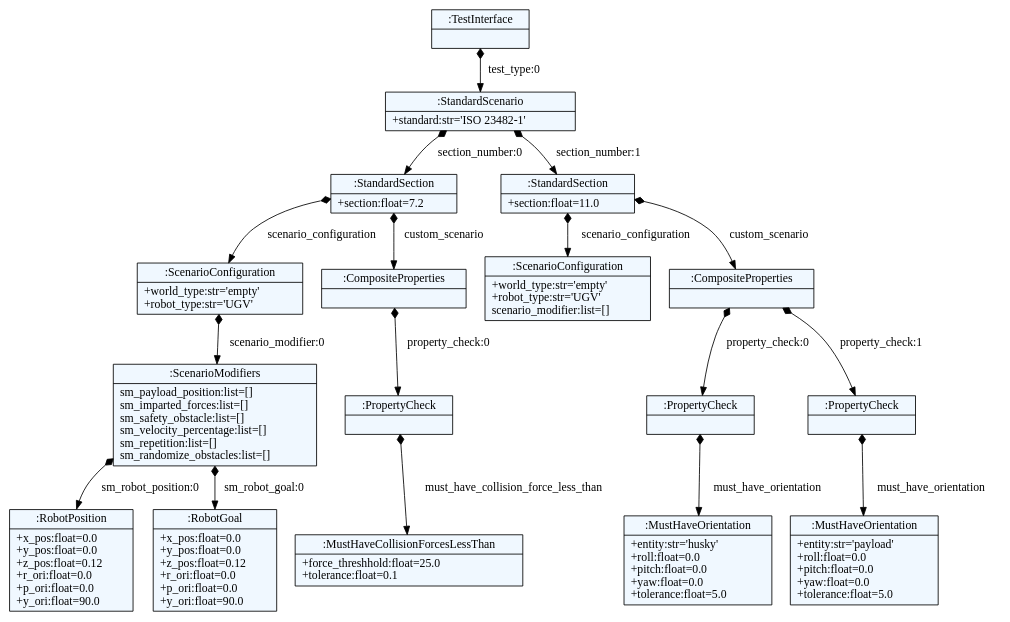
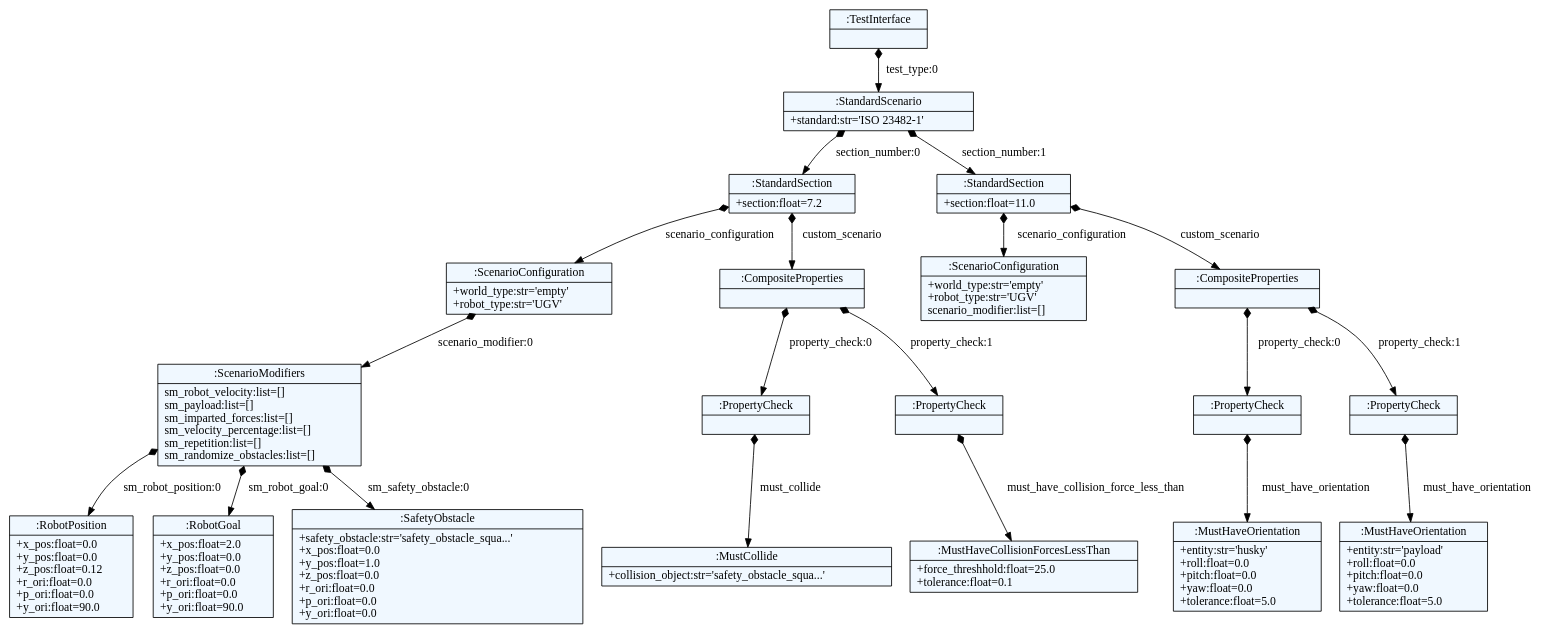
The diagram in src/property_based_tester/property_based_language_generation/test_definitions.dot (SOHAIL1996/property_based_tester), drawn with Graphviz before and after one commit. The commit also changed 10 other files, not shown here.

```diff
--- a/src/property_based_tester/property_based_language_generation/test_definitions.dot
+++ b/src/property_based_tester/property_based_language_generation/test_definitions.dot
@@ -1,48 +1,54 @@
 
     digraph textX {
     fontname = "Bitstream Vera Sans"
     fontsize = 8
     node[
         shape=record,
         style=filled,
         fillcolor=aliceblue
     ]
     nodesep = 0.3
     edge[dir=black,arrowtail=empty]
 
 
-139875856882320 -> 139875856881408 [label="test_type:0" arrowtail=diamond dir=both]
-139875856881408 -> 139875856973488 [label="section_number:0" arrowtail=diamond dir=both]
-139875856973488 -> 139875856972624 [label="scenario_configuration" arrowtail=diamond dir=both]
-139875856972624 -> 139875856971952 [label="scenario_modifier:0" arrowtail=diamond dir=both]
-139875856971952 -> 139875856971184 [label="sm_robot_position:0" arrowtail=diamond dir=both]
-139875856971184[label="{:RobotPosition|+x_pos:float=0.0\l+y_pos:float=0.0\l+z_pos:float=0.12\l+r_ori:float=0.0\l+p_ori:float=0.0\l+y_ori:float=90.0\l}"]
-139875856971952 -> 139875856971232 [label="sm_robot_goal:0" arrowtail=diamond dir=both]
-139875856971232[label="{:RobotGoal|+x_pos:float=0.0\l+y_pos:float=0.0\l+z_pos:float=0.12\l+r_ori:float=0.0\l+p_ori:float=0.0\l+y_ori:float=90.0\l}"]
-139875856971952[label="{:ScenarioModifiers|sm_payload_position:list=[]\lsm_imparted_forces:list=[]\lsm_safety_obstacle:list=[]\lsm_velocity_percentage:list=[]\lsm_repetition:list=[]\lsm_randomize_obstacles:list=[]\l}"]
-139875856972624[label="{:ScenarioConfiguration|+world_type:str='empty'\l+robot_type:str='UGV'\l}"]
-139875856973488 -> 139875856972240 [label="custom_scenario" arrowtail=diamond dir=both]
-139875856972240 -> 139875856970704 [label="property_check:0" arrowtail=diamond dir=both]
-139875856970704 -> 139875856969888 [label="must_have_collision_force_less_than" arrowtail=diamond dir=both]
-139875856969888[label="{:MustHaveCollisionForcesLessThan|+force_threshhold:float=25.0\l+tolerance:float=0.1\l}"]
-139875856970704[label="{:PropertyCheck|}"]
-139875856972240[label="{:CompositeProperties|}"]
-139875856973488[label="{:StandardSection|+section:float=7.2\l}"]
-139875856881408 -> 139875856973536 [label="section_number:1" arrowtail=diamond dir=both]
-139875856973536 -> 139875856971568 [label="scenario_configuration" arrowtail=diamond dir=both]
-139875856971568[label="{:ScenarioConfiguration|+world_type:str='empty'\l+robot_type:str='UGV'\lscenario_modifier:list=[]\l}"]
-139875856973536 -> 139875856971616 [label="custom_scenario" arrowtail=diamond dir=both]
-139875856971616 -> 139875856833360 [label="property_check:0" arrowtail=diamond dir=both]
-139875856833360 -> 139875856833024 [label="must_have_orientation" arrowtail=diamond dir=both]
-139875856833024[label="{:MustHaveOrientation|+entity:str='husky'\l+roll:float=0.0\l+pitch:float=0.0\l+yaw:float=0.0\l+tolerance:float=5.0\l}"]
-139875856833360[label="{:PropertyCheck|}"]
-139875856971616 -> 139875856972288 [label="property_check:1" arrowtail=diamond dir=both]
-139875856972288 -> 139875856833072 [label="must_have_orientation" arrowtail=diamond dir=both]
-139875856833072[label="{:MustHaveOrientation|+entity:str='payload'\l+roll:float=0.0\l+pitch:float=0.0\l+yaw:float=0.0\l+tolerance:float=5.0\l}"]
-139875856972288[label="{:PropertyCheck|}"]
-139875856971616[label="{:CompositeProperties|}"]
-139875856973536[label="{:StandardSection|+section:float=11.0\l}"]
-139875856881408[label="{:StandardScenario|+standard:str='ISO 23482-1'\l}"]
-139875856882320[label="{:TestInterface|}"]
+140602595076608 -> 140602595075312 [label="test_type:0" arrowtail=diamond dir=both]
+140602595075312 -> 140602595074448 [label="section_number:0" arrowtail=diamond dir=both]
+140602595074448 -> 140602595216880 [label="scenario_configuration" arrowtail=diamond dir=both]
+140602595216880 -> 140602595216448 [label="scenario_modifier:0" arrowtail=diamond dir=both]
+140602595216448 -> 140602595215584 [label="sm_robot_position:0" arrowtail=diamond dir=both]
+140602595215584[label="{:RobotPosition|+x_pos:float=0.0\l+y_pos:float=0.0\l+z_pos:float=0.12\l+r_ori:float=0.0\l+p_ori:float=0.0\l+y_ori:float=90.0\l}"]
+140602595216448 -> 140602595215632 [label="sm_robot_goal:0" arrowtail=diamond dir=both]
+140602595215632[label="{:RobotGoal|+x_pos:float=2.0\l+y_pos:float=0.0\l+z_pos:float=0.0\l+r_ori:float=0.0\l+p_ori:float=0.0\l+y_ori:float=90.0\l}"]
+140602595216448 -> 140602595215488 [label="sm_safety_obstacle:0" arrowtail=diamond dir=both]
+140602595215488[label="{:SafetyObstacle|+safety_obstacle:str='safety_obstacle_squa...'\l+x_pos:float=0.0\l+y_pos:float=1.0\l+z_pos:float=0.0\l+r_ori:float=0.0\l+p_ori:float=0.0\l+y_ori:float=0.0\l}"]
+140602595216448[label="{:ScenarioModifiers|sm_robot_velocity:list=[]\lsm_payload:list=[]\lsm_imparted_forces:list=[]\lsm_velocity_percentage:list=[]\lsm_repetition:list=[]\lsm_randomize_obstacles:list=[]\l}"]
+140602595216880[label="{:ScenarioConfiguration|+world_type:str='empty'\l+robot_type:str='UGV'\l}"]
+140602595074448 -> 140602595216688 [label="custom_scenario" arrowtail=diamond dir=both]
+140602595216688 -> 140602595215536 [label="property_check:0" arrowtail=diamond dir=both]
+140602595215536 -> 140602595215104 [label="must_collide" arrowtail=diamond dir=both]
+140602595215104[label="{:MustCollide|+collision_object:str='safety_obstacle_squa...'\l}"]
+140602595215536[label="{:PropertyCheck|}"]
+140602595216688 -> 140602595215056 [label="property_check:1" arrowtail=diamond dir=both]
+140602595215056 -> 140602595118768 [label="must_have_collision_force_less_than" arrowtail=diamond dir=both]
+140602595118768[label="{:MustHaveCollisionForcesLessThan|+force_threshhold:float=25.0\l+tolerance:float=0.1\l}"]
+140602595215056[label="{:PropertyCheck|}"]
+140602595216688[label="{:CompositeProperties|}"]
+140602595074448[label="{:StandardSection|+section:float=7.2\l}"]
+140602595075312 -> 140602595216928 [label="section_number:1" arrowtail=diamond dir=both]
+140602595216928 -> 140602595215872 [label="scenario_configuration" arrowtail=diamond dir=both]
+140602595215872[label="{:ScenarioConfiguration|+world_type:str='empty'\l+robot_type:str='UGV'\lscenario_modifier:list=[]\l}"]
+140602595216928 -> 140602595214576 [label="custom_scenario" arrowtail=diamond dir=both]
+140602595214576 -> 140602595118048 [label="property_check:0" arrowtail=diamond dir=both]
+140602595118048 -> 140602595117712 [label="must_have_orientation" arrowtail=diamond dir=both]
+140602595117712[label="{:MustHaveOrientation|+entity:str='husky'\l+roll:float=0.0\l+pitch:float=0.0\l+yaw:float=0.0\l+tolerance:float=5.0\l}"]
+140602595118048[label="{:PropertyCheck|}"]
+140602595214576 -> 140602595216736 [label="property_check:1" arrowtail=diamond dir=both]
+140602595216736 -> 140602595117760 [label="must_have_orientation" arrowtail=diamond dir=both]
+140602595117760[label="{:MustHaveOrientation|+entity:str='payload'\l+roll:float=0.0\l+pitch:float=0.0\l+yaw:float=0.0\l+tolerance:float=5.0\l}"]
+140602595216736[label="{:PropertyCheck|}"]
+140602595214576[label="{:CompositeProperties|}"]
+140602595216928[label="{:StandardSection|+section:float=11.0\l}"]
+140602595075312[label="{:StandardScenario|+standard:str='ISO 23482-1'\l}"]
+140602595076608[label="{:TestInterface|}"]
 
 }
```
